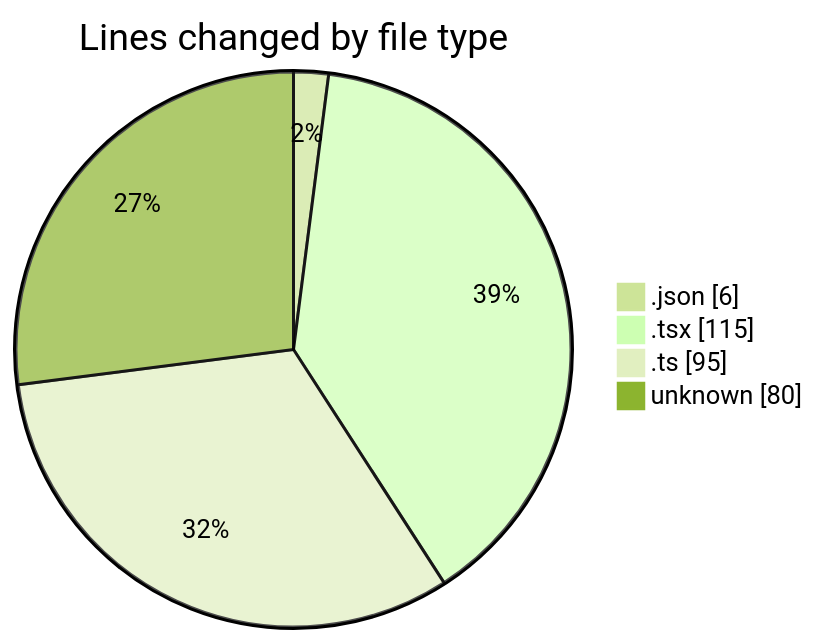
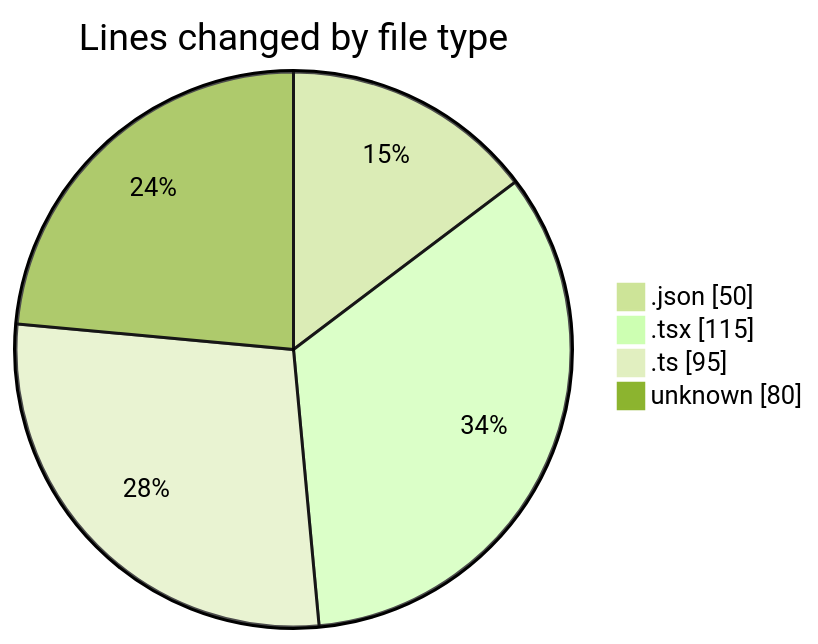
The first of 2 diagrams in 2025-10-29/eventscop-frontend-guide__workspace_/README.md (julien-gomy/code-tracking), drawn with Mermaid (forest theme) before and after one commit. The commit also changed other lines of this file and 1 other file, not shown here.

````diff
--- a/2025-10-29/eventscop-frontend-guide__workspace_/README.md
+++ b/2025-10-29/eventscop-frontend-guide__workspace_/README.md
@@ -29,8 +30,8 @@
 ```mermaid
 pie showData
 title Lines changed by file type
-".json" : 6
+".json" : 50
 ".tsx" : 115
 ".ts" : 95
 "unknown" : 80
 ```
````
